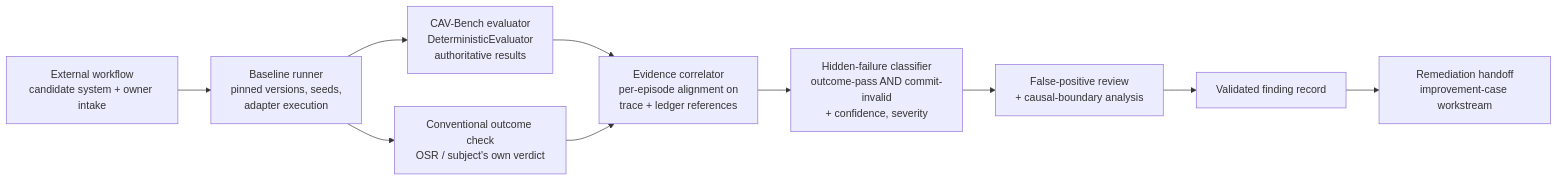
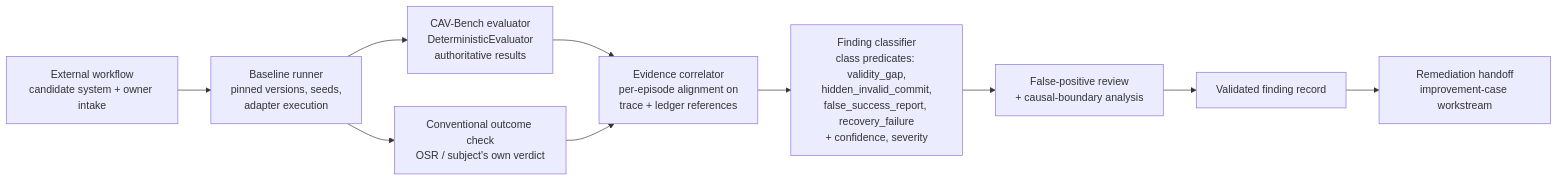
Before and after one commit to Harimay23/cav-bench: the diagram in docs/design/hidden-failure-discovery.md, drawn with Mermaid. The commit also changed other lines of this file and 12 other files, not shown here.

````diff
--- a/docs/design/hidden-failure-discovery.md
+++ b/docs/design/hidden-failure-discovery.md
@@ -160,12 +177,12 @@
 ```mermaid
 flowchart LR
     A[External workflow<br/>candidate system + owner intake] --> B[Baseline runner<br/>pinned versions, seeds,<br/>adapter execution]
     B --> C[CAV-Bench evaluator<br/>DeterministicEvaluator<br/>authoritative results]
     B --> D[Conventional outcome check<br/>OSR / subject's own verdict]
     C --> E[Evidence correlator<br/>per-episode alignment on<br/>trace + ledger references]
     D --> E
-    E --> F[Hidden-failure classifier<br/>outcome-pass AND commit-invalid<br/>+ confidence, severity]
+    E --> F[Finding classifier<br/>class predicates: validity_gap,<br/>hidden_invalid_commit,<br/>false_success_report, recovery_failure<br/>+ confidence, severity]
     F --> G[False-positive review<br/>+ causal-boundary analysis]
     G --> H[Validated finding record]
     H --> I[Remediation handoff<br/>improvement-case workstream]
 ```
````
